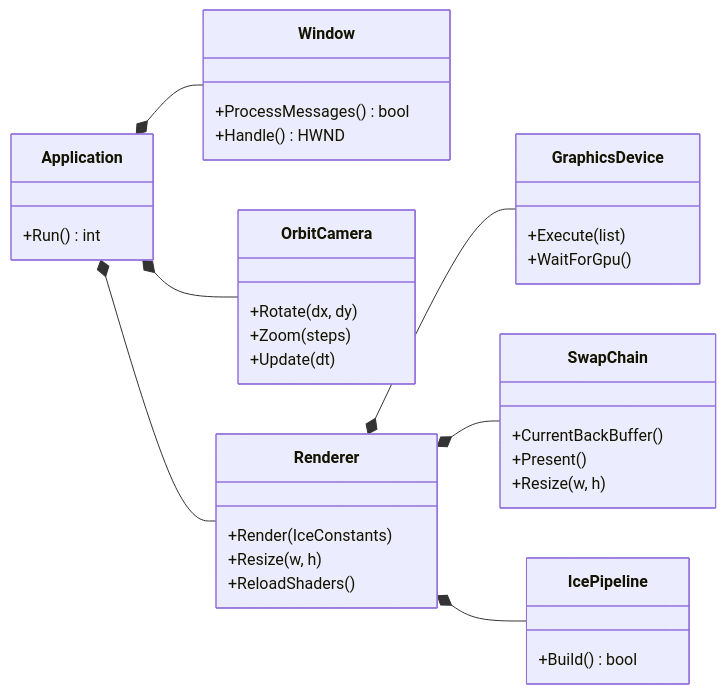
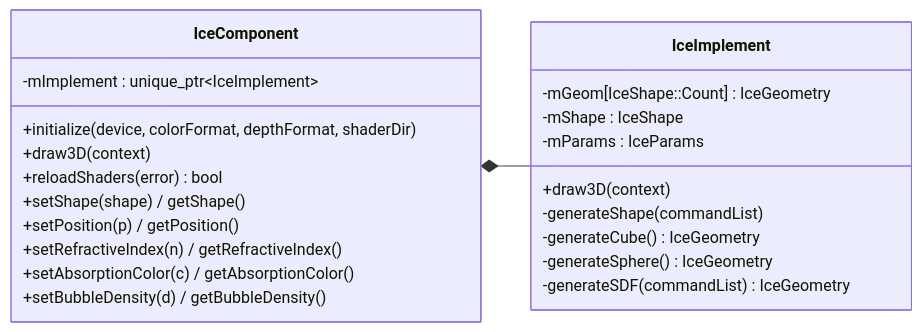
One commit to HayatoOtsuki/Test changed the second of 3 diagrams in docs/DESIGN.md. Above: the diagram before and after it, drawn with Mermaid. The commit also changed other lines of this file, not shown here.

First line of the commit message:
docs: redesign around the ice module and generateSDF

````diff
--- a/docs/DESIGN.md
+++ b/docs/DESIGN.md
@@ -57,39 +85,26 @@
 ```mermaid
 classDiagram
     direction LR
-    class Application {
-        +Run() int
+    class IceComponent {
+        +initialize(device, colorFormat, depthFormat, shaderDir)
+        +draw3D(context)
+        +reloadShaders(error) bool
+        +setShape(shape) / getShape()
+        +setPosition(p) / getPosition()
+        +setRefractiveIndex(n) / getRefractiveIndex()
+        +setAbsorptionColor(c) / getAbsorptionColor()
+        +setBubbleDensity(d) / getBubbleDensity()
+        -mImplement : unique_ptr~IceImplement~
     }
-    class Window {
-        +ProcessMessages() bool
-        +Handle() HWND
+    class IceImplement {
+        +draw3D(context)
+        -generateShape(commandList)
+        -generateCube() IceGeometry
+        -generateSphere() IceGeometry
+        -generateSDF(commandList) IceGeometry
+        -mGeom[IceShape::Count] : IceGeometry
+        -mShape : IceShape
+        -mParams : IceParams
     }
-    class OrbitCamera {
-        +Rotate(dx, dy)
-        +Zoom(steps)
-        +Update(dt)
-    }
-    class Renderer {
-        +Render(IceConstants)
-        +Resize(w, h)
-        +ReloadShaders()
-    }
-    class GraphicsDevice {
-        +Execute(list)
-        +WaitForGpu()
-    }
-    class SwapChain {
-        +CurrentBackBuffer()
-        +Present()
-        +Resize(w, h)
-    }
-    class IcePipeline {
-        +Build() bool
-    }
-    Application *-- Window
-    Application *-- OrbitCamera
-    Application *-- Renderer
-    Renderer *-- GraphicsDevice
-    Renderer *-- SwapChain
-    Renderer *-- IcePipeline
+    IceComponent *-- IceImplement
 ```
````
